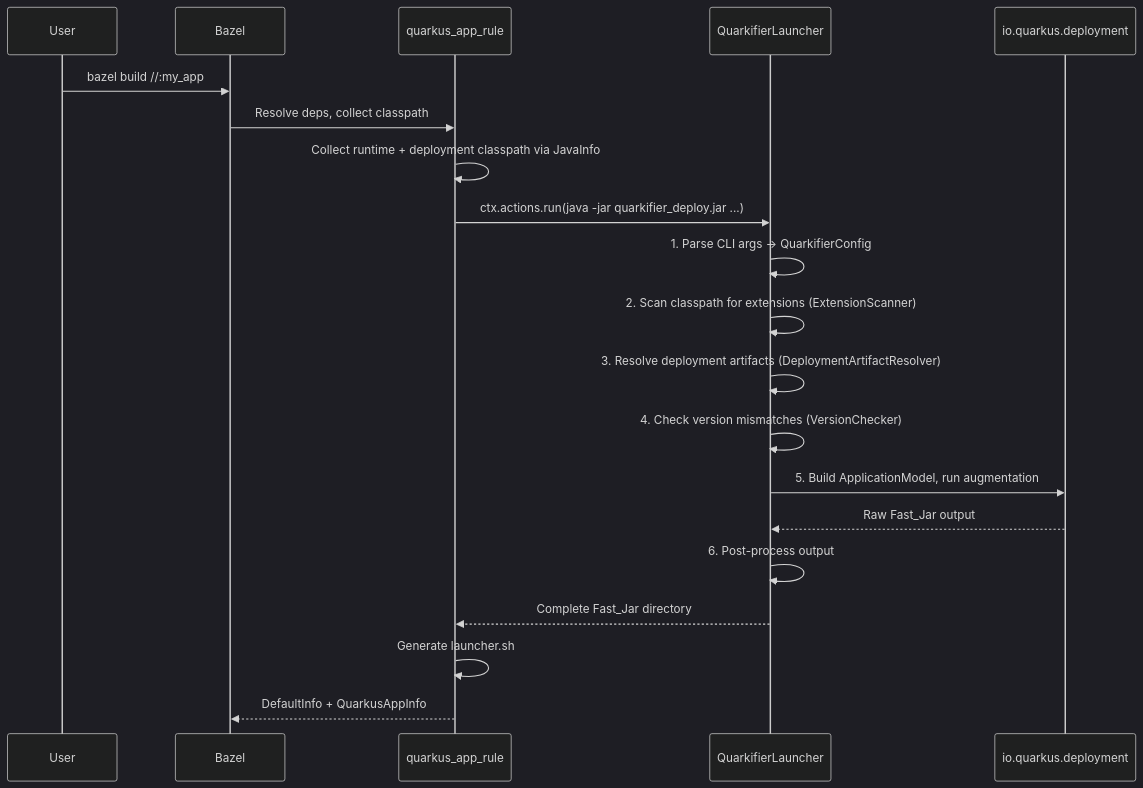
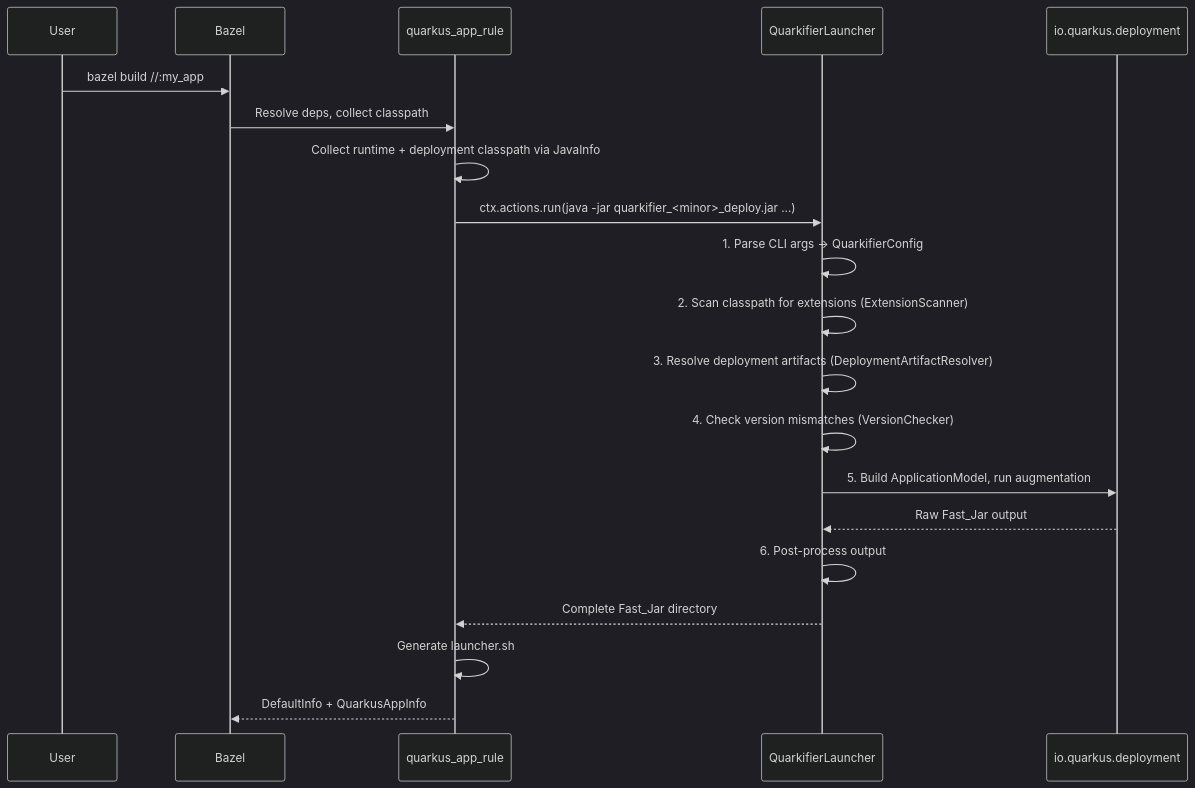
Before and after one commit to clementguillot/rules_quarkus: the second of 2 diagrams in docs/architecture.md, drawn with Mermaid (dark theme). The commit also changed other lines of this file and 71 other files, not shown here.

````diff
--- a/docs/architecture.md
+++ b/docs/architecture.md
@@ -92,23 +101,23 @@
 ```mermaid
 sequenceDiagram
     participant User
     participant Bazel
     participant quarkus_app_rule
     participant Quarkifier as QuarkifierLauncher
     participant QuarkusAPI as io.quarkus.deployment
 
     User->>Bazel: bazel build //:my_app
     Bazel->>quarkus_app_rule: Resolve deps, collect classpath
     quarkus_app_rule->>quarkus_app_rule: Collect runtime + deployment classpath via JavaInfo
-    quarkus_app_rule->>Quarkifier: ctx.actions.run(java -jar quarkifier_deploy.jar ...)
+    quarkus_app_rule->>Quarkifier: ctx.actions.run(java -jar quarkifier_<minor>_deploy.jar ...)
     Quarkifier->>Quarkifier: 1. Parse CLI args → QuarkifierConfig
     Quarkifier->>Quarkifier: 2. Scan classpath for extensions (ExtensionScanner)
     Quarkifier->>Quarkifier: 3. Resolve deployment artifacts (DeploymentArtifactResolver)
     Quarkifier->>Quarkifier: 4. Check version mismatches (VersionChecker)
     Quarkifier->>QuarkusAPI: 5. Build ApplicationModel, run augmentation
     QuarkusAPI-->>Quarkifier: Raw Fast_Jar output
     Quarkifier->>Quarkifier: 6. Post-process output
     Quarkifier-->>quarkus_app_rule: Complete Fast_Jar directory
     quarkus_app_rule->>quarkus_app_rule: Generate launcher.sh
     quarkus_app_rule-->>Bazel: DefaultInfo + QuarkusAppInfo
 ```
````
